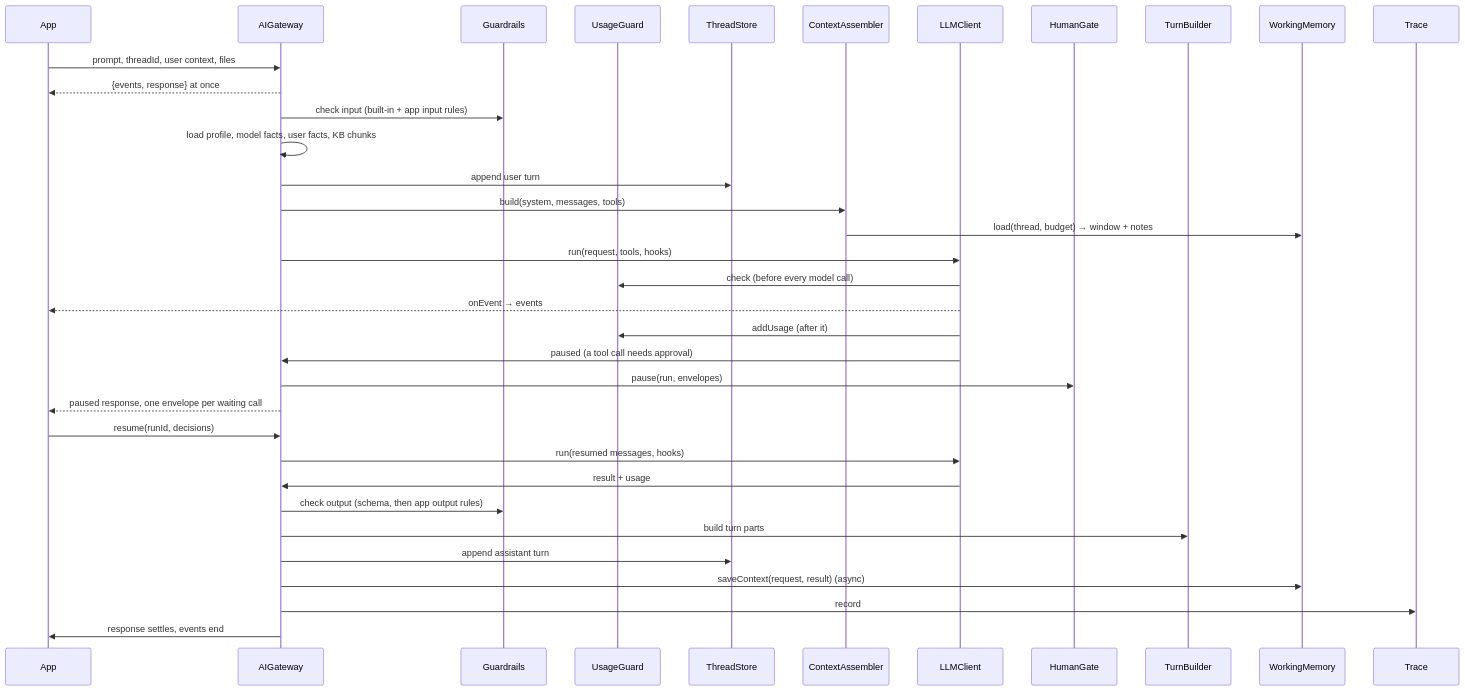
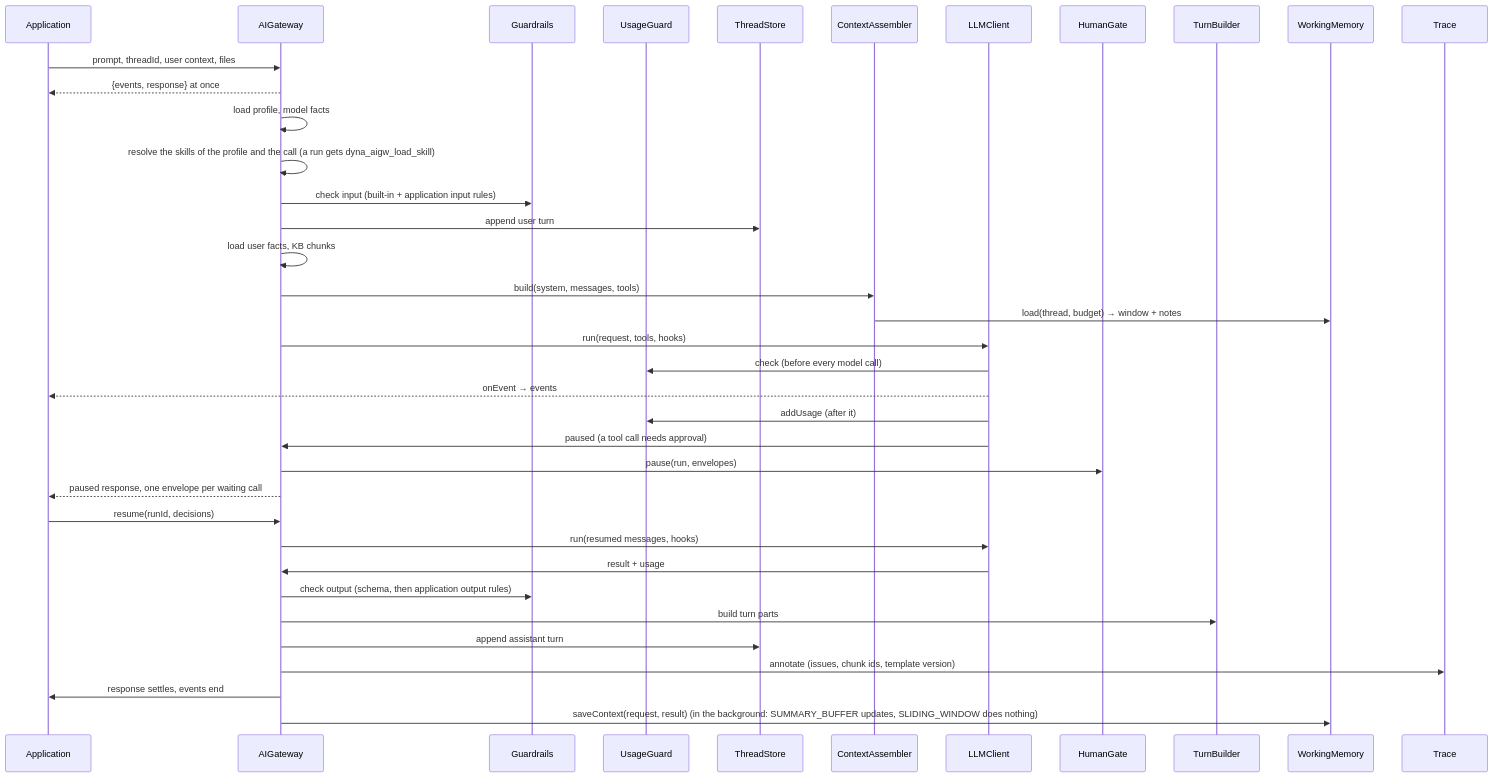
Before and after one commit to aneldev/dyna-ai-gateway: the third of 3 diagrams in docs/60-architecture/10-architecture-and-trade-offs.md, drawn with Mermaid. The commit also changed other lines of this file and 226 other files, not shown here.

````diff
--- a/docs/60-architecture/10-architecture-and-trade-offs.md
+++ b/docs/60-architecture/10-architecture-and-trade-offs.md
@@ -150,38 +226,40 @@
 ```mermaid
 sequenceDiagram
-  participant App
+  participant App as Application
   participant GW as AIGateway
   participant GR as Guardrails
   participant UG as UsageGuard
   participant TS as ThreadStore
   participant CA as ContextAssembler
   participant DR as LLMClient
   participant HG as HumanGate
   participant TB as TurnBuilder
   participant WM as WorkingMemory
   participant TRC as Trace
 
   App->>GW: prompt, threadId, user context, files
   GW-->>App: {events, response} at once
-  GW->>GR: check input (built-in + app input rules)
-  GW->>GW: load profile, model facts, user facts, KB chunks
+  GW->>GW: load profile, model facts
+  GW->>GW: resolve the skills of the profile and the call (a run gets dyna_aigw_load_skill)
+  GW->>GR: check input (built-in + application input rules)
   GW->>TS: append user turn
+  GW->>GW: load user facts, KB chunks
   GW->>CA: build(system, messages, tools)
   CA->>WM: load(thread, budget) → window + notes
   GW->>DR: run(request, tools, hooks)
   DR->>UG: check (before every model call)
   DR-->>App: onEvent → events
   DR->>UG: addUsage (after it)
   DR->>GW: paused (a tool call needs approval)
   GW->>HG: pause(run, envelopes)
   GW-->>App: paused response, one envelope per waiting call
   App->>GW: resume(runId, decisions)
   GW->>DR: run(resumed messages, hooks)
   DR->>GW: result + usage
-  GW->>GR: check output (schema, then app output rules)
+  GW->>GR: check output (schema, then application output rules)
   GW->>TB: build turn parts
   GW->>TS: append assistant turn
-  GW->>WM: saveContext(request, result) (async)
-  GW->>TRC: record
+  GW->>TRC: annotate (issues, chunk ids, template version)
   GW->>App: response settles, events end
+  GW->>WM: saveContext(request, result) (in the background: SUMMARY_BUFFER updates, SLIDING_WINDOW does nothing)
 ```
````
